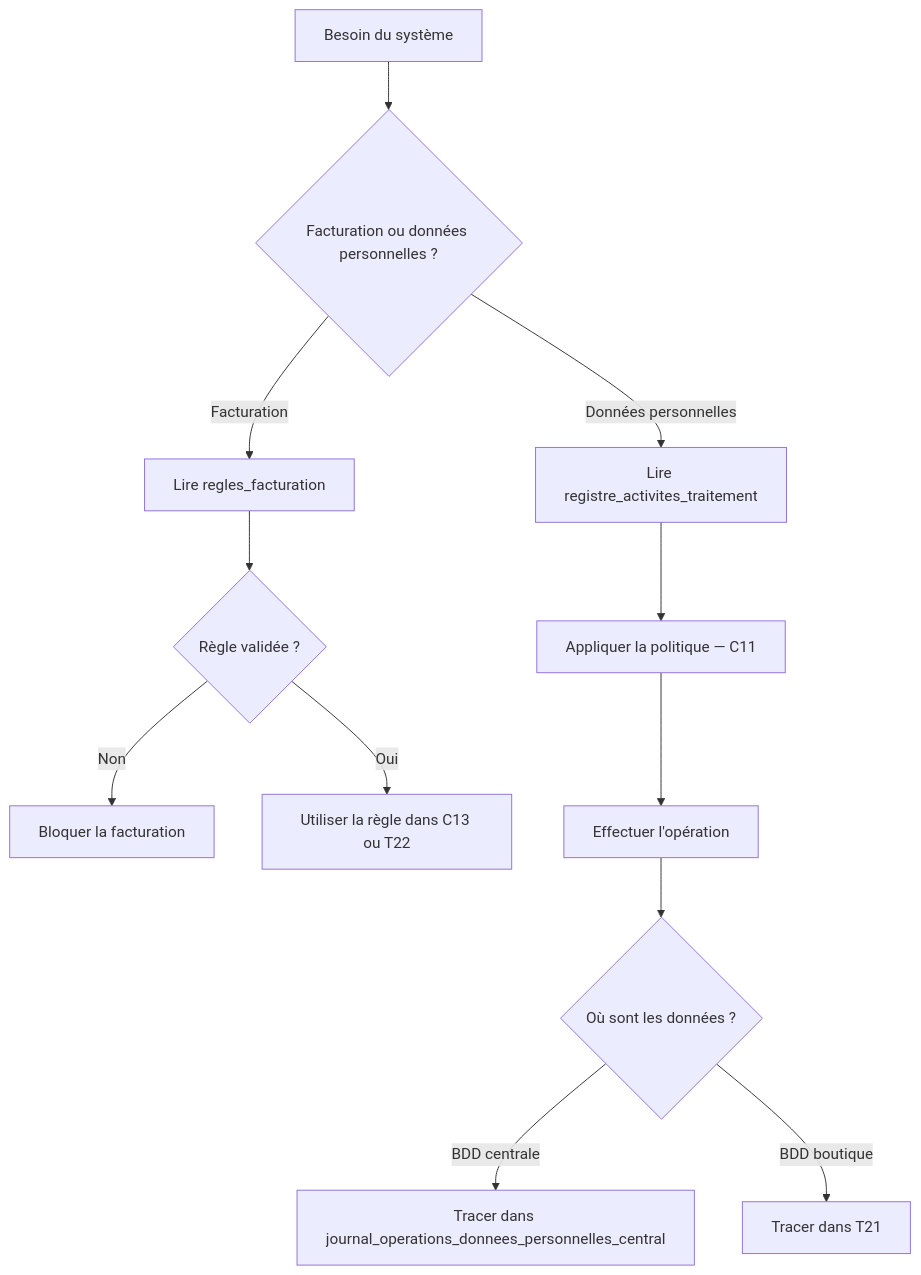
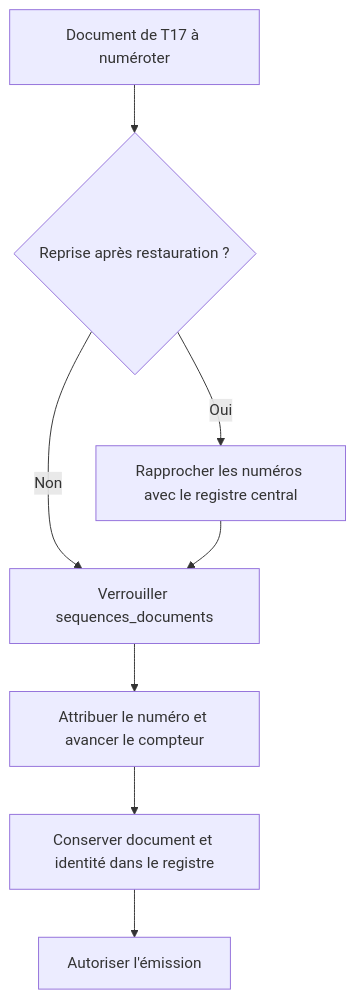
One commit to unitealfa/saas-ecom changed diagram 20 of 23 in BDD-centrale-C1-C14-explication-simple.md. Above: the diagram before and after it, drawn with Mermaid. The commit also changed other lines of this file, not shown here.

````diff
--- a/BDD-centrale-C1-C14-explication-simple.md
+++ b/BDD-centrale-C1-C14-explication-simple.md
@@ -958,16 +1075,10 @@
 ```mermaid
 flowchart TD
-    A["Besoin du système"] --> B{"Facturation ou données personnelles ?"}
-
-    B -->|Facturation| C["Lire regles_facturation"]
-    C --> D{"Règle validée ?"}
-    D -->|Non| E["Bloquer la facturation"]
-    D -->|Oui| F["Utiliser la règle dans C13 ou T22"]
-
-    B -->|Données personnelles| G["Lire registre_activites_traitement"]
-    G --> H["Appliquer la politique — C11"]
-    H --> I["Effectuer l'opération"]
-    I --> J{"Où sont les données ?"}
-    J -->|BDD centrale| K["Tracer dans journal_operations_donnees_personnelles_central"]
-    J -->|BDD boutique| L["Tracer dans T21"]
+    A["Document de T17 à numéroter"] --> B{"Reprise après restauration ?"}
+    B -->|Oui| C["Rapprocher les numéros avec le registre central"]
+    B -->|Non| D["Verrouiller sequences_documents"]
+    C --> D
+    D --> E["Attribuer le numéro et avancer le compteur"]
+    E --> F["Conserver document et identité dans le registre"]
+    F --> G["Autoriser l'émission"]
 ```
````
